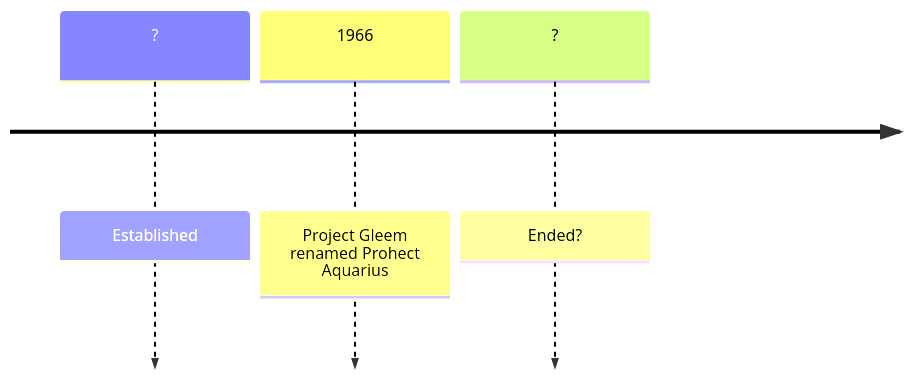
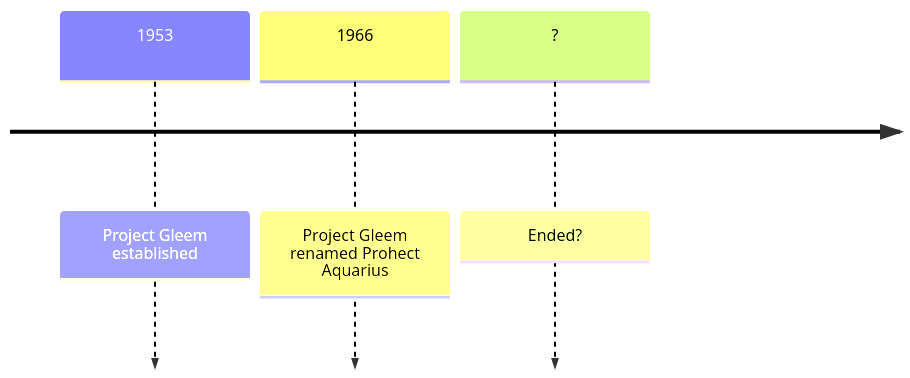
The diagram in docs/projects/aquarius.md (Black-Star-Institute/blackstar.github.io), drawn with Mermaid before and after one commit. The commit also changed other lines of this file, not shown here.

````diff
--- a/docs/projects/aquarius.md
+++ b/docs/projects/aquarius.md
@@ -18,6 +18,6 @@
 ```mermaid
 timeline
-    ? : Established
+    1953 : Project Gleem established
     1966 : Project Gleem renamed Prohect Aquarius
     ? : Ended?
 ```
````
